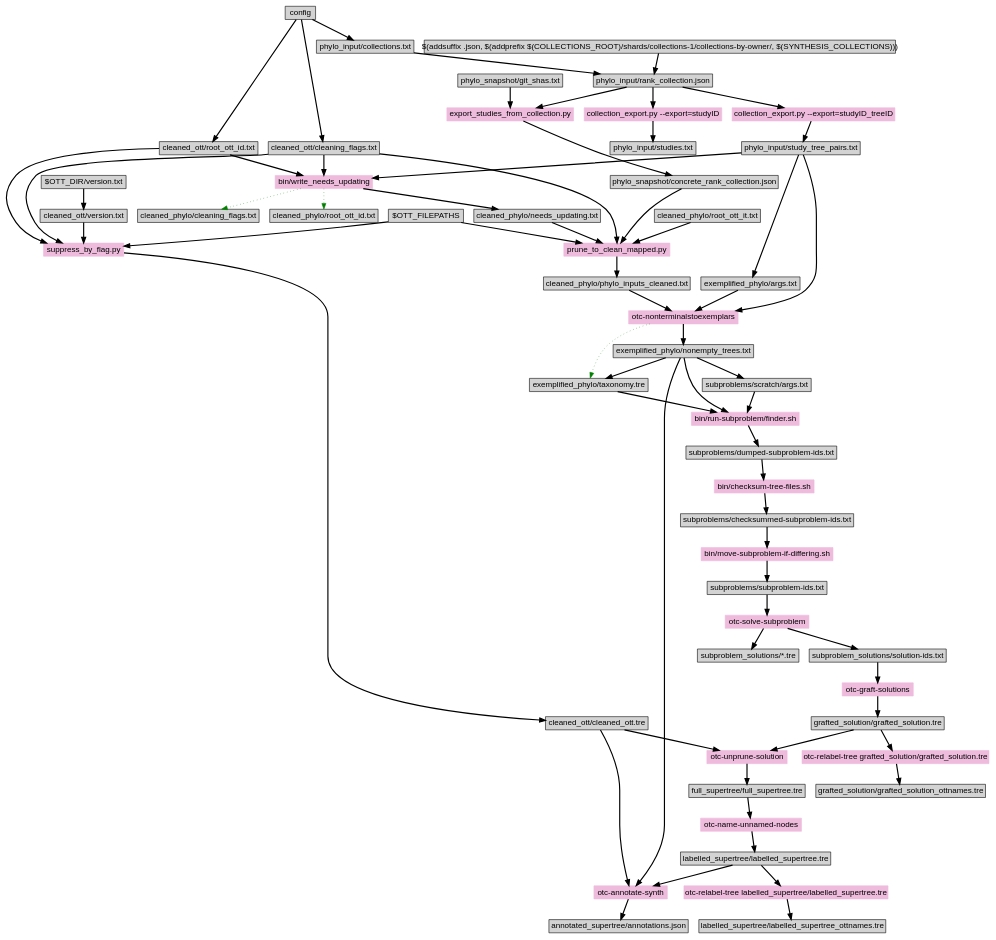
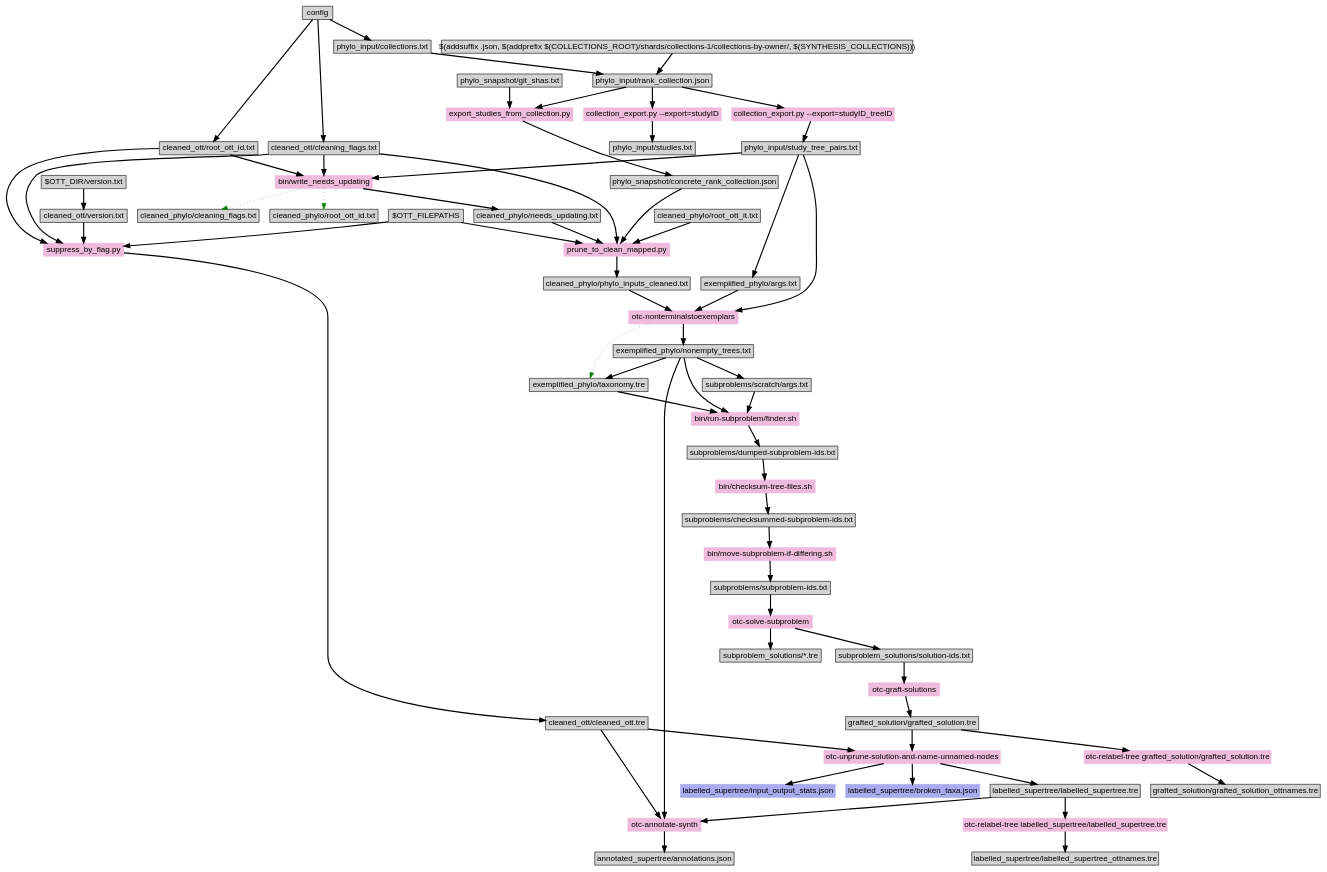
One commit to OpenTreeOfLife/propinquity changed the diagram in doc/makefile-dependencies.dot. Above: the diagram before and after it, drawn with Graphviz. The commit also changed 1 other file, not shown here.

Commit message:
Use new unprune-to-mrca tool.

```diff
--- a/doc/makefile-dependencies.dot
+++ b/doc/makefile-dependencies.dot
@@ -1,115 +1,126 @@
 digraph "make" {
 graph [ranksep=0.25, fontname=Arial,  nodesep=0.25, ranksep=0.5];
 node [fontname=Arial, style=filled, height=0, width=0, shape=box];
 edge [style="setlinewidth(2)"];
 
 config -> "cleaned_ott/root_ott_id.txt"
 config -> "cleaned_ott/cleaning_flags.txt"
 "$OTT_DIR/version.txt" -> "cleaned_ott/version.txt"
 
 "phylo_input/study_tree_pairs.txt" -> "exemplified_phylo/args.txt"
 
 "phylo_input/study_tree_pairs.txt" -> "otc-nonterminalstoexemplars"
 "exemplified_phylo/args.txt" -> "otc-nonterminalstoexemplars"
 "cleaned_phylo/phylo_inputs_cleaned.txt" -> "otc-nonterminalstoexemplars"
 "otc-nonterminalstoexemplars" -> "exemplified_phylo/nonempty_trees.txt"
 "otc-nonterminalstoexemplars" -> "exemplified_phylo/taxonomy.tre" [color=green style=dotted]
 "otc-nonterminalstoexemplars"  [style=filled, color="#EEBBDD"]
 
 "exemplified_phylo/nonempty_trees.txt" -> "exemplified_phylo/taxonomy.tre"
 
 "$OTT_FILEPATHS" -> "suppress_by_flag.py"
 "cleaned_ott/version.txt" ->  "suppress_by_flag.py"
 "cleaned_ott/cleaning_flags.txt" ->  "suppress_by_flag.py"
 "cleaned_ott/root_ott_id.txt" ->  "suppress_by_flag.py"
 "suppress_by_flag.py" [style=filled, color="#EEBBDD"]
 "suppress_by_flag.py" -> "cleaned_ott/cleaned_ott.tre"
 
 "$(addsuffix .json, $(addprefix $(COLLECTIONS_ROOT)/shards/collections-1/collections-by-owner/, $(SYNTHESIS_COLLECTIONS)))" -> "phylo_input/rank_collection.json"
 
 "phylo_input/rank_collection.json" -> "collection_export.py --export=studyID"
 "collection_export.py --export=studyID" -> "phylo_input/studies.txt"
 "collection_export.py --export=studyID" [style=filled, color="#EEBBDD"]
 
 "phylo_input/rank_collection.json" -> "collection_export.py --export=studyID_treeID"
 "collection_export.py --export=studyID_treeID" -> "phylo_input/study_tree_pairs.txt"
 "collection_export.py --export=studyID_treeID" [style=filled, color="#EEBBDD"]
 
 "phylo_snapshot/git_shas.txt"
 
 "phylo_snapshot/git_shas.txt" ->  "export_studies_from_collection.py"
 "phylo_input/rank_collection.json" -> "export_studies_from_collection.py"
 "export_studies_from_collection.py" -> "phylo_snapshot/concrete_rank_collection.json"
 "export_studies_from_collection.py"  [style=filled, color="#EEBBDD"]
 
 "cleaned_ott/cleaning_flags.txt" -> "bin/write_needs_updating"
 "cleaned_ott/root_ott_id.txt" -> "bin/write_needs_updating"
 "phylo_input/study_tree_pairs.txt" -> "bin/write_needs_updating"
 "bin/write_needs_updating" -> "cleaned_phylo/needs_updating.txt"
 "bin/write_needs_updating" -> "cleaned_phylo/cleaning_flags.txt"  [color=green style=dotted]
 "bin/write_needs_updating" -> "cleaned_phylo/root_ott_id.txt"  [color=green style=dotted]
 "bin/write_needs_updating"   [style=filled, color="#EEBBDD"]
 
 "cleaned_phylo/needs_updating.txt" -> "prune_to_clean_mapped.py"
 "cleaned_ott/cleaning_flags.txt" -> "prune_to_clean_mapped.py"
 "cleaned_phylo/root_ott_it.txt" -> "prune_to_clean_mapped.py"
 "$OTT_FILEPATHS" -> "prune_to_clean_mapped.py"
 "phylo_snapshot/concrete_rank_collection.json" -> "prune_to_clean_mapped.py"
 "prune_to_clean_mapped.py"  [style=filled, color="#EEBBDD"]
 "prune_to_clean_mapped.py" -> "cleaned_phylo/phylo_inputs_cleaned.txt"
 
 
 config -> "phylo_input/collections.txt"
 "phylo_input/collections.txt" -> "phylo_input/rank_collection.json"
 # here is where we need to depend on whether the collections have changed!
 
 "exemplified_phylo/nonempty_trees.txt" -> "subproblems/scratch/args.txt"
 
 "exemplified_phylo/taxonomy.tre" -> "bin/run-subproblem/finder.sh"
 "subproblems/scratch/args.txt" -> "bin/run-subproblem/finder.sh"
 "exemplified_phylo/nonempty_trees.txt" -> "bin/run-subproblem/finder.sh"
 "bin/run-subproblem/finder.sh" [style=filled, color="#EEBBDD"]
 "bin/run-subproblem/finder.sh" -> "subproblems/dumped-subproblem-ids.txt"
 
 "subproblems/dumped-subproblem-ids.txt" -> "bin/checksum-tree-files.sh" 
 "bin/checksum-tree-files.sh" [style=filled, color="#EEBBDD"]
 "bin/checksum-tree-files.sh" -> "subproblems/checksummed-subproblem-ids.txt"
 
 
 "subproblems/checksummed-subproblem-ids.txt" -> "bin/move-subproblem-if-differing.sh" 
 "bin/move-subproblem-if-differing.sh" [style=filled, color="#EEBBDD"]
 "bin/move-subproblem-if-differing.sh" -> "subproblems/subproblem-ids.txt"
 
 "subproblems/subproblem-ids.txt" -> "otc-solve-subproblem"
 "otc-solve-subproblem" [style=filled, color="#EEBBDD"]
 "otc-solve-subproblem" -> "subproblem_solutions/*.tre"
 "otc-solve-subproblem" -> "subproblem_solutions/solution-ids.txt"
 "subproblem_solutions/solution-ids.txt"
 
 "subproblem_solutions/solution-ids.txt" -> "otc-graft-solutions"
 "otc-graft-solutions" [style=filled, color="#EEBBDD"]
 "otc-graft-solutions" -> "grafted_solution/grafted_solution.tre"
 
 "grafted_solution/grafted_solution.tre" -> "otc-relabel-tree grafted_solution/grafted_solution.tre"
 "otc-relabel-tree grafted_solution/grafted_solution.tre" [style=filled, color="#EEBBDD"]
 "otc-relabel-tree grafted_solution/grafted_solution.tre" -> "grafted_solution/grafted_solution_ottnames.tre"
 
-"cleaned_ott/cleaned_ott.tre" -> "otc-unprune-solution"
-"grafted_solution/grafted_solution.tre" -> "otc-unprune-solution"
-"otc-unprune-solution" [style=filled, color="#EEBBDD"]
-"otc-unprune-solution" -> "full_supertree/full_supertree.tre"
+"cleaned_ott/cleaned_ott.tre" -> "otc-unprune-solution-and-name-unnamed-nodes"
+"grafted_solution/grafted_solution.tre" -> "otc-unprune-solution-and-name-unnamed-nodes"
+"otc-unprune-solution-and-name-unnamed-nodes" [style=filled, color="#EEBBDD"]
+"otc-unprune-solution-and-name-unnamed-nodes" -> "labelled_supertree/labelled_supertree.tre"
+"otc-unprune-solution-and-name-unnamed-nodes" -> "labelled_supertree/broken_taxa.json"
+"otc-unprune-solution-and-name-unnamed-nodes" -> "labelled_supertree/input_output_stats.json"
+"labelled_supertree/broken_taxa.json" [color="#AAAAEE"]
+"labelled_supertree/input_output_stats.json" [color="#AAAAEE"]
 
-"full_supertree/full_supertree.tre" -> "otc-name-unnamed-nodes"
-"otc-name-unnamed-nodes" [style=filled, color="#EEBBDD"]
-"otc-name-unnamed-nodes" -> "labelled_supertree/labelled_supertree.tre"
+#"cleaned_ott/cleaned_ott.tre" -> "otc-unprune-solution"
+#"grafted_solution/grafted_solution.tre" -> "otc-unprune-solution"
+#"otc-unprune-solution" [style=filled, color="#EEBBDD"]
+#"otc-unprune-solution" -> "full_supertree/full_supertree.tre"
+
+#"full_supertree/full_supertree.tre" -> "otc-name-unnamed-nodes"
+#"otc-name-unnamed-nodes" [style=filled, color="#EEBBDD"]
+#"otc-name-unnamed-nodes" -> "labelled_supertree/labelled_supertree.tre"
+
+
 
 "labelled_supertree/labelled_supertree.tre" -> "otc-relabel-tree labelled_supertree/labelled_supertree.tre"
 "otc-relabel-tree labelled_supertree/labelled_supertree.tre" [style=filled, color="#EEBBDD"]
 "otc-relabel-tree labelled_supertree/labelled_supertree.tre" -> "labelled_supertree/labelled_supertree_ottnames.tre"
 
 "cleaned_ott/cleaned_ott.tre" -> "otc-annotate-synth"
 "labelled_supertree/labelled_supertree.tre" -> "otc-annotate-synth"
 "exemplified_phylo/nonempty_trees.txt" -> "otc-annotate-synth"
 "otc-annotate-synth" [style=filled, color="#EEBBDD"]
 "otc-annotate-synth" -> "annotated_supertree/annotations.json"
 }
```
